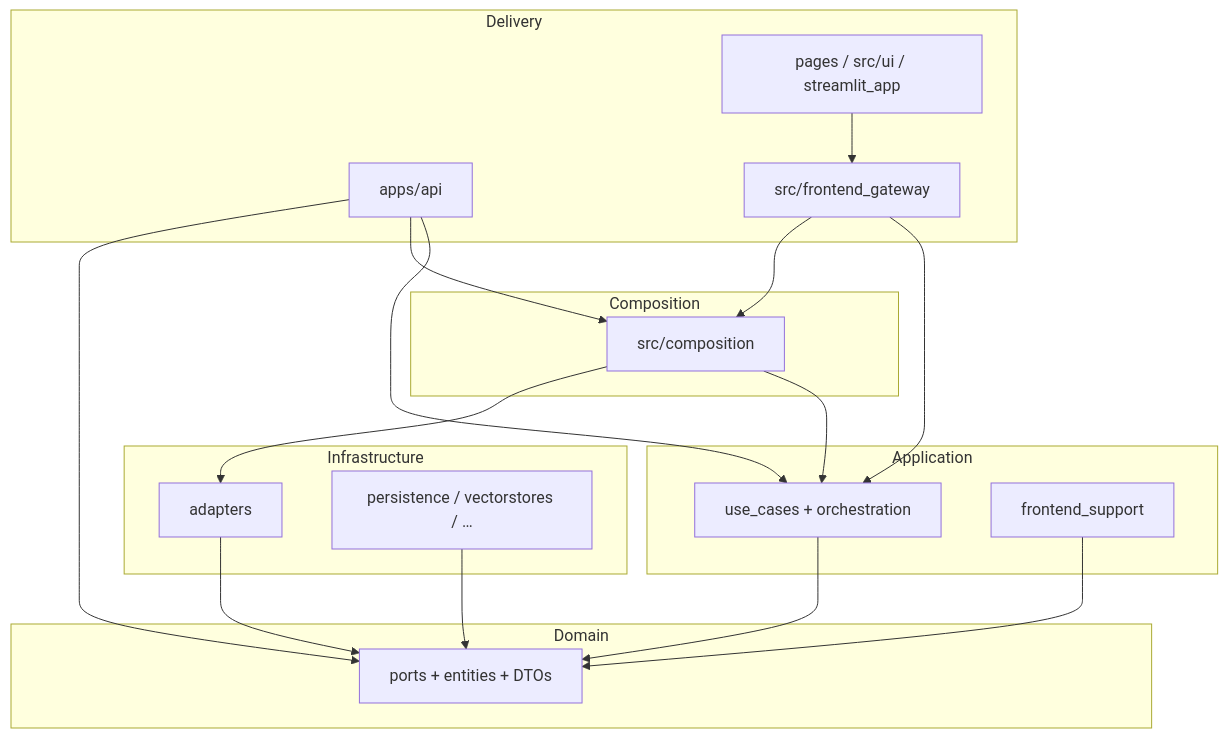
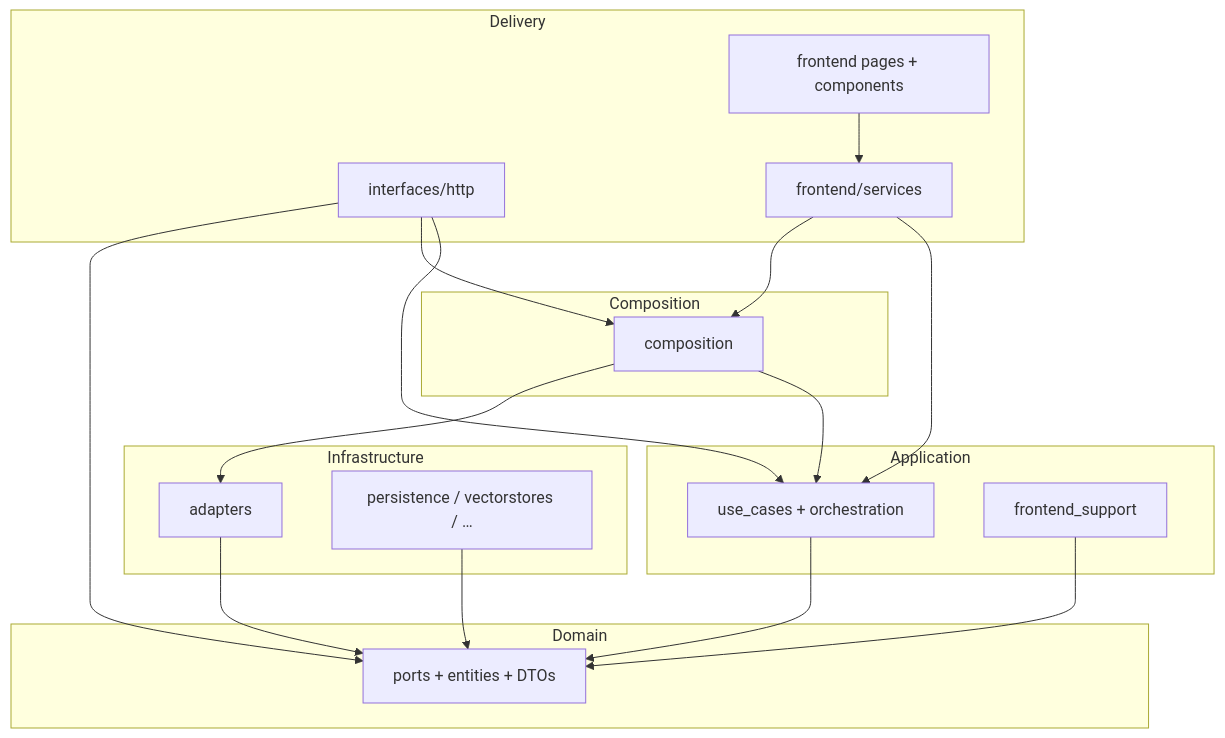
The diagram in docs/architecture.md (amosbangmo/ragcraft), drawn with Mermaid before and after one commit. The commit also changed other lines of this file and 60 other files, not shown here.

````diff
--- a/docs/architecture.md
+++ b/docs/architecture.md
@@ -93,34 +94,34 @@
 ```mermaid
 flowchart TB
   subgraph delivery["Delivery"]
-    API["apps/api"]
-    GW["src/frontend_gateway"]
-    UI["pages / src/ui / streamlit_app"]
+    API["interfaces/http"]
+    GW["frontend/services"]
+    UI["frontend pages + components"]
   end
   subgraph comp["Composition"]
-    COMP["src/composition"]
+    COMP["composition"]
   end
   subgraph app["Application"]
     UC["use_cases + orchestration"]
     FS["frontend_support"]
   end
   subgraph dom["Domain"]
     PORTS["ports + entities + DTOs"]
   end
   subgraph infra["Infrastructure"]
     ADP["adapters"]
     TECH["persistence / vectorstores / …"]
   end
   API --> UC
   API --> COMP
   API --> PORTS
   GW --> UC
   GW --> COMP
   UI --> GW
   COMP --> UC
   COMP --> ADP
   UC --> PORTS
   ADP --> PORTS
   TECH --> PORTS
   FS --> PORTS
 ```
````
